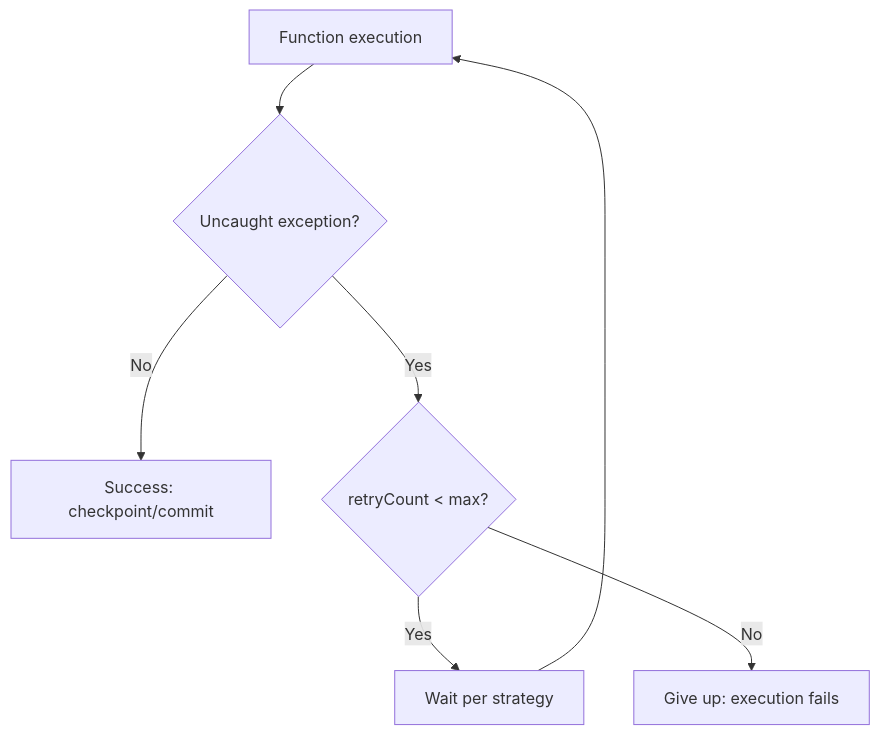
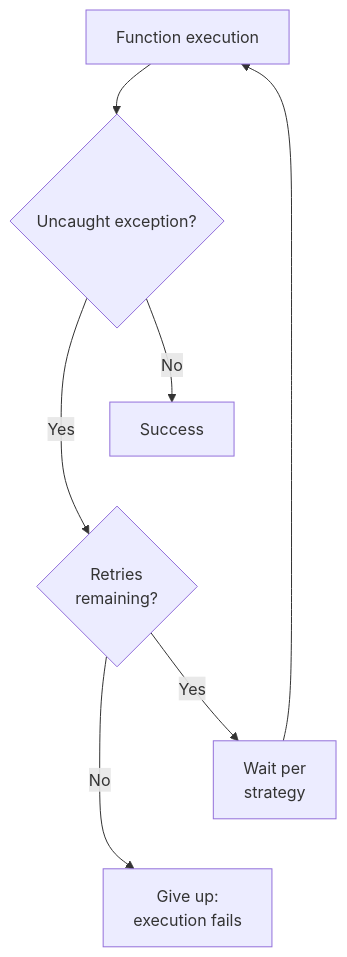
One commit to yeongseon/azure-functions-practical-guide changed the diagram in docs/language-guides/java/recipes/retry.md. Above: the diagram before and after it, drawn with Mermaid. The commit also changed other lines of this file and 4 other files, not shown here.

First line of the commit message:
docs(diagrams): migrate Java OpenAPI queue retry and Service Bus flows (#489)

````diff
--- a/docs/language-guides/java/recipes/retry.md
+++ b/docs/language-guides/java/recipes/retry.md
@@ -34,8 +34,13 @@
 ```mermaid
 flowchart TD
+    accTitle: Runtime retry policy decisions for supported Java triggers
+    accDescr: Execution without an uncaught exception succeeds. An uncaught exception checks the retry budget; remaining retries wait according to the configured strategy and repeat execution, while an exhausted budget ends in failure. Both Yes and No branches of each decision remain explicit. This is a finite-policy logical flow, not a universal checkpoint protocol.
     EXEC[Function execution] --> ERR{Uncaught exception?}
-    ERR -->|No| DONE[Success: checkpoint/commit]
-    ERR -->|Yes| COUNT{retryCount < max?}
-    COUNT -->|Yes| WAIT[Wait per strategy] --> EXEC
-    COUNT -->|No| FAIL[Give up: execution fails]
+    ERR -->|No| DONE[Success]
+    ERR -->|Yes| COUNT{"Retries<br/>remaining?"}
+    COUNT -->|Yes| WAIT["Wait per<br/>strategy"] --> EXEC
+    COUNT -->|No| FAIL["Give up:<br/>execution fails"]
+    %% Layout-only links tier the outcomes; they add no decisions or semantic arrows.
+    DONE ~~~ COUNT
+    WAIT ~~~ FAIL
 ```
````
